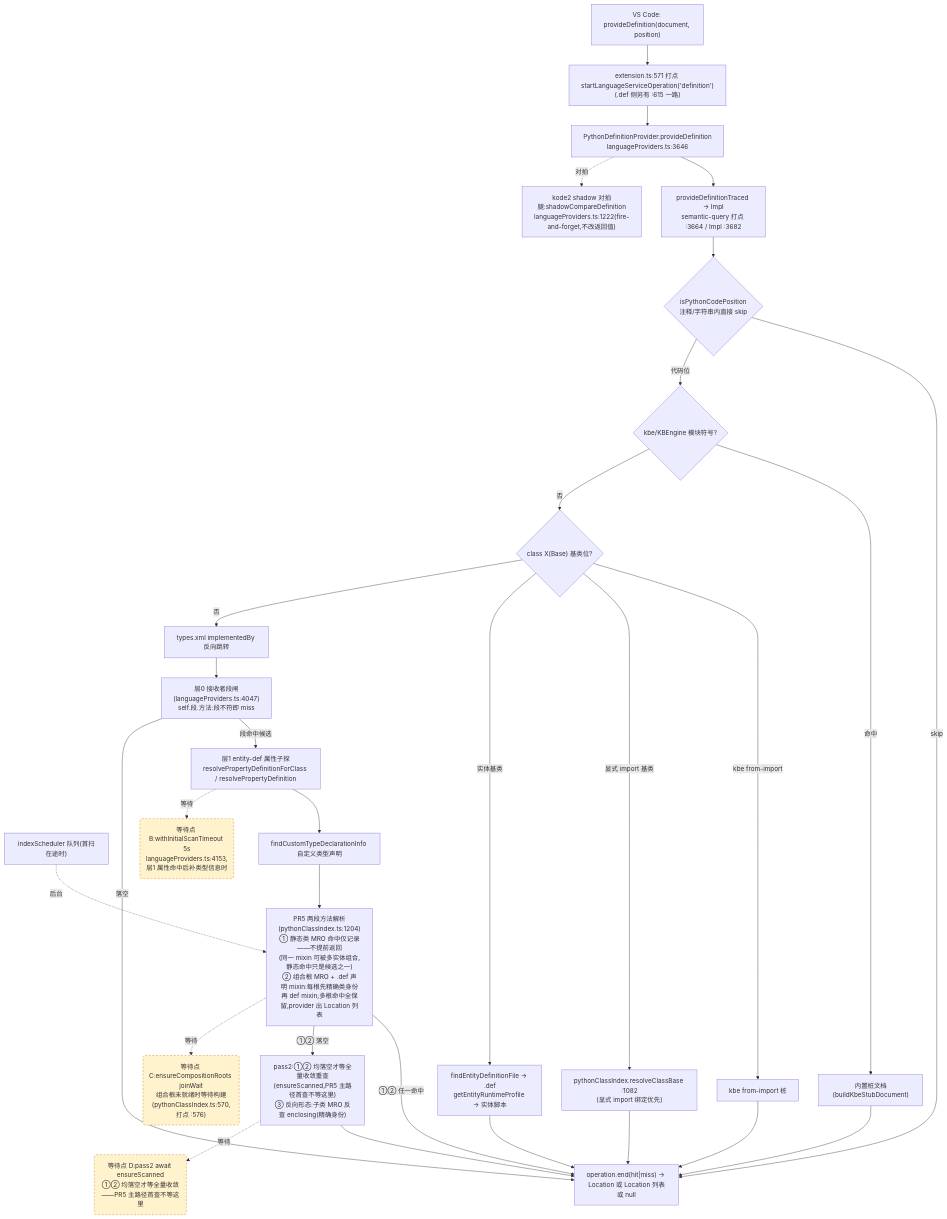
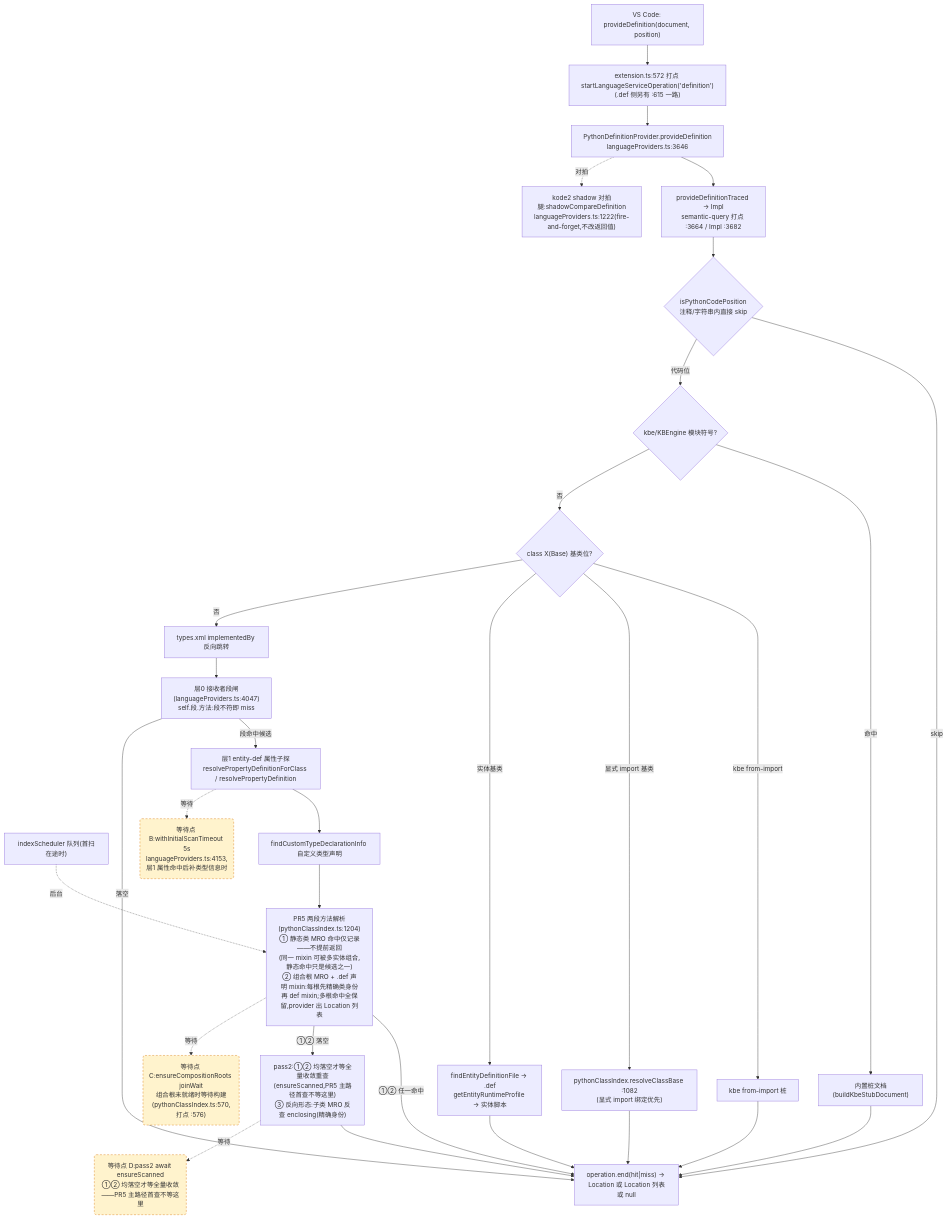
Before and after one commit to cuihairu/kode: the second of 4 diagrams in docs/perf/2026-baseline.md, drawn with Mermaid. The commit also changed other lines of this file and 5 other files, not shown here.

````diff
--- a/docs/perf/2026-baseline.md
+++ b/docs/perf/2026-baseline.md
@@ -130,51 +130,51 @@
 ```mermaid
 flowchart TD
   VC2["VS Code: provideDefinition(document, position)"]
-  M2["extension.ts:571 打点 startLanguageServiceOperation('definition')<br/>(.def 侧另有 :615 一路)"]
+  M2["extension.ts:572 打点 startLanguageServiceOperation('definition')<br/>(.def 侧另有 :615 一路)"]
   AD2["PythonDefinitionProvider.provideDefinition<br/>languageProviders.ts:3646"]
   TR["provideDefinitionTraced → Impl<br/>semantic-query 打点 :3664 / Impl :3682"]
   CTX{"isPythonCodePosition<br/>注释/字符串内直接 skip"}
   KBE{"kbe/KBEngine 模块符号?"}
   STUB["内置桩文档(buildKbeStubDocument)"]
   CB{"class X(Base) 基类位?"}
   CB1["kbe from-import 桩"]
   CB2["pythonClassIndex.resolveClassBase :1082<br/>(显式 import 绑定优先)"]
   CB3["findEntityDefinitionFile → .def<br/>getEntityRuntimeProfile → 实体脚本"]
   REV["types.xml implementedBy 反向跳转"]
   L0["层0 接收者段闸(languageProviders.ts:4047)<br/>self.段.方法:段不符即 miss"]
   L1["层1 entity-def 属性子探<br/>resolvePropertyDefinitionForClass / resolvePropertyDefinition"]
   SCAN["indexScheduler 队列(首扫在途时)"]
   TY["findCustomTypeDeclarationInfo 自定义类型声明"]
   MRO["PR5 两段方法解析(pythonClassIndex.ts:1204)<br/>① 静态类 MRO 命中仅记录——不提前返回<br/>(同一 mixin 可被多实体组合,静态命中只是候选之一)<br/>② 组合根 MRO + .def 声明 mixin:每根先精确类身份<br/>再 def mixin;多根命中全保留,provider 出 Location 列表"]
   PASS2["pass2:①② 均落空才等全量收敛重查<br/>(ensureScanned,PR5 主路径首查不等这里)<br/>③ 反向形态:子类 MRO 反查 enclosing(精确身份)"]
   SHD["kode2 shadow 对拍腿:shadowCompareDefinition<br/>languageProviders.ts:1222(fire-and-forget,不改返回值)"]
   END2["operation.end(hit|miss) → Location 或 Location 列表或 null"]
 
   VC2 --> M2 --> AD2 --> TR --> CTX
   CTX -- "skip" --> END2
   CTX -- "代码位" --> KBE
   KBE -- "命中" --> STUB --> END2
   KBE -- "否" --> CB
   CB -- "kbe from-import" --> CB1 --> END2
   CB -- "显式 import 基类" --> CB2 --> END2
   CB -- "实体基类" --> CB3 --> END2
   CB -- "否" --> REV --> L0
   L0 -- "段命中候选" --> L1
   L0 -- "落空" --> END2
   L1 --> TY
   TY --> MRO
   MRO -- "①② 任一命中" --> END2
   MRO -- "①② 落空" --> PASS2 --> END2
   AD2 -.->|对拍| SHD
 
   WAITB("等待点 B:withInitialScanTimeout 5s<br/>languageProviders.ts:4153,层1 属性命中后补类型信息时")
   WAITC("等待点 C:ensureCompositionRoots joinWait<br/>组合根未就绪时等待构建(pythonClassIndex.ts:570,打点 :576)")
   WAITD("等待点 D:pass2 await ensureScanned<br/>①② 均落空才等全量收敛——PR5 主路径首查不等这里")
   L1 -.->|等待| WAITB
   MRO -.->|等待| WAITC
   PASS2 -.->|等待| WAITD
   SCAN -.->|后台| MRO
 
   classDef waitPoint fill:#fff3cd,stroke:#d97706,stroke-dasharray:5 4;
   class WAITB,WAITC,WAITD waitPoint;
 ```
````
